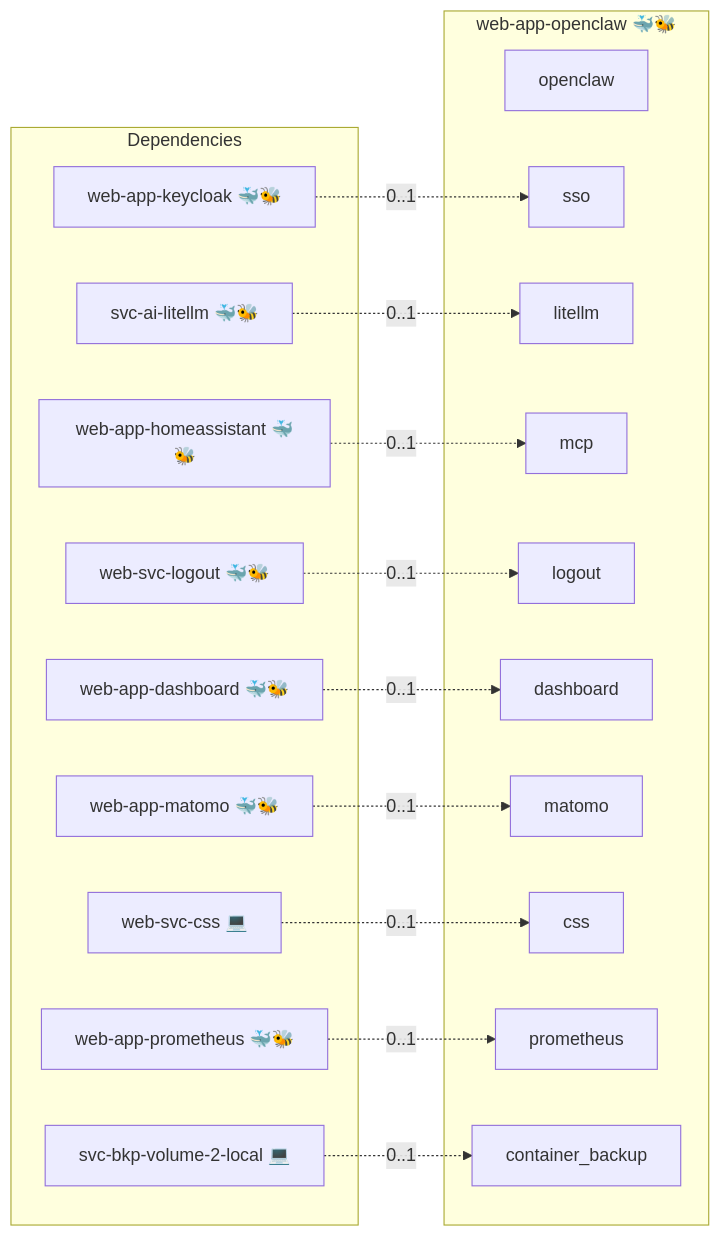
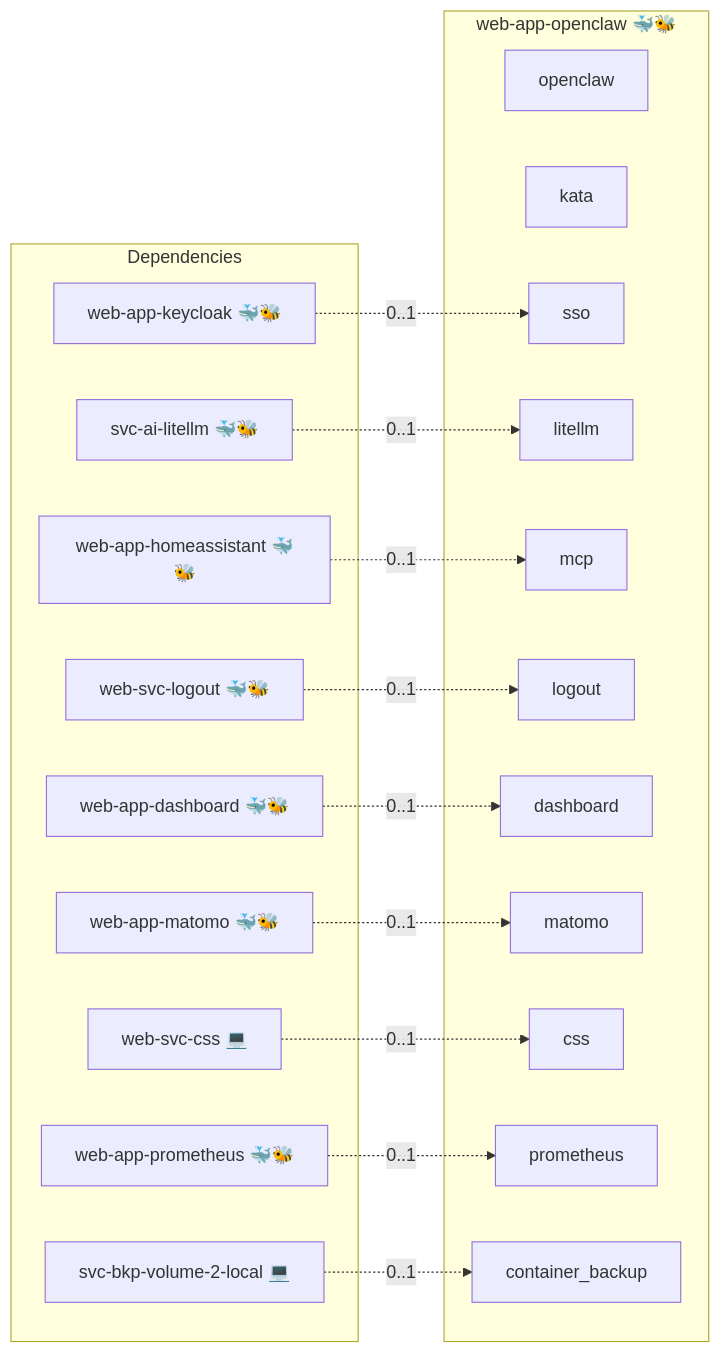
One commit to infinito-nexus/core changed the diagram in roles/web-app-openclaw/README.md. Above: the diagram before and after it, drawn with Mermaid. The commit also changed other lines of this file and 13 other files, not shown here.

````diff
--- a/roles/web-app-openclaw/README.md
+++ b/roles/web-app-openclaw/README.md
@@ -15,35 +15,36 @@
 ```mermaid
 flowchart LR
     subgraph deps [Dependencies]
         dep_svc_ai_litellm["svc-ai-litellm 🐳🐝"]
         dep_svc_bkp_volume_2_local["svc-bkp-volume-2-local 💻"]
         dep_web_app_dashboard["web-app-dashboard 🐳🐝"]
         dep_web_app_homeassistant["web-app-homeassistant 🐳🐝"]
         dep_web_app_keycloak["web-app-keycloak 🐳🐝"]
         dep_web_app_matomo["web-app-matomo 🐳🐝"]
         dep_web_app_prometheus["web-app-prometheus 🐳🐝"]
         dep_web_svc_css["web-svc-css 💻"]
         dep_web_svc_logout["web-svc-logout 🐳🐝"]
     end
     subgraph role [web-app-openclaw 🐳🐝]
         svc_openclaw["openclaw"]
+        svc_kata["kata"]
         svc_sso["sso"]
         svc_litellm["litellm"]
         svc_mcp["mcp"]
         svc_logout["logout"]
         svc_dashboard["dashboard"]
         svc_matomo["matomo"]
         svc_css["css"]
         svc_prometheus["prometheus"]
         svc_container_backup["container_backup"]
     end
     dep_svc_ai_litellm -. "0..1" .-> svc_litellm
     dep_svc_bkp_volume_2_local -. "0..1" .-> svc_container_backup
     dep_web_app_dashboard -. "0..1" .-> svc_dashboard
     dep_web_app_homeassistant -. "0..1" .-> svc_mcp
     dep_web_app_keycloak -. "0..1" .-> svc_sso
     dep_web_app_matomo -. "0..1" .-> svc_matomo
     dep_web_app_prometheus -. "0..1" .-> svc_prometheus
     dep_web_svc_css -. "0..1" .-> svc_css
     dep_web_svc_logout -. "0..1" .-> svc_logout
 ```
````
